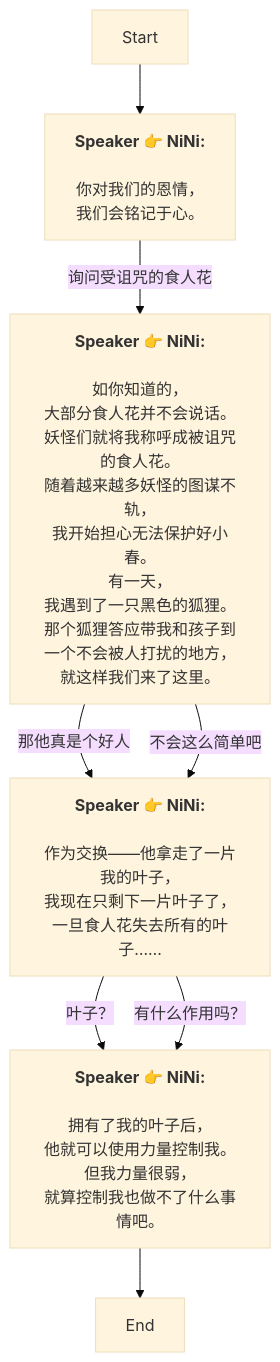
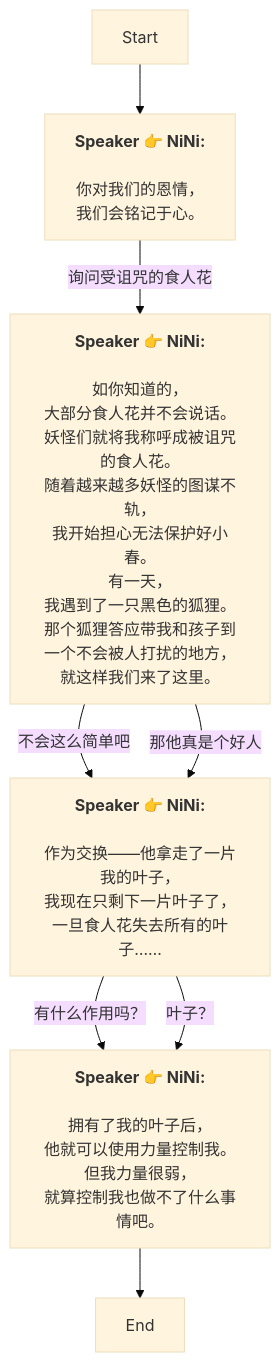
The diagram in Zh/QuestTalkObjectiveNode_1766066826063619.md (SoftHu/tos_avg), drawn with Mermaid (base theme) before and after one commit. The commit also changed other lines of this file and 780 other files, not shown here.

````diff
--- a/Zh/QuestTalkObjectiveNode_1766066826063619.md
+++ b/Zh/QuestTalkObjectiveNode_1766066826063619.md
@@ -1,30 +1,30 @@
 ```mermaid
 graph
 Start -->1766067178303239[<b>Speaker 👉 NiNi:</b>
 \n你对我们的恩情，
 我们会铭记于心。]
 1766067178303239 -->|询问受诅咒的食人花|1766067230958349[<b>Speaker 👉 NiNi:</b>
 \n如你知道的，
 大部分食人花并不会说话。\n妖怪们就将我称呼成被诅咒的食人花。\n随着越来越多妖怪的图谋不轨，
 我开始担心无法保护好小春。\n有一天，
 我遇到了一只黑色的狐狸。\n那个狐狸答应带我和孩子到一个不会被人打扰的地方，
 就这样我们来了这里。]
+1766067230958349 -->|不会这么简单吧|1766067445982995[<b>Speaker 👉 NiNi:</b>
+\n作为交换——他拿走了一片我的叶子，
+我现在只剩下一片叶子了，
+一旦食人花失去所有的叶子……]
 1766067230958349 -->|那他真是个好人|1766067445982995[<b>Speaker 👉 NiNi:</b>
 \n作为交换——他拿走了一片我的叶子，
 我现在只剩下一片叶子了，
 一旦食人花失去所有的叶子……]
-1766067230958349 -->|不会这么简单吧|1766067445982995[<b>Speaker 👉 NiNi:</b>
-\n作为交换——他拿走了一片我的叶子，
-我现在只剩下一片叶子了，
-一旦食人花失去所有的叶子……]
-1766067445982995 -->|叶子？|1766067522114329[<b>Speaker 👉 NiNi:</b>
+1766067445982995 -->|有什么作用吗？|1766067522114329[<b>Speaker 👉 NiNi:</b>
 \n拥有了我的叶子后，
 他就可以使用力量控制我。\n但我力量很弱，
 就算控制我也做不了什么事情吧。]
-1766067445982995 -->|有什么作用吗？|1766067522114329[<b>Speaker 👉 NiNi:</b>
+1766067445982995 -->|叶子？|1766067522114329[<b>Speaker 👉 NiNi:</b>
 \n拥有了我的叶子后，
 他就可以使用力量控制我。\n但我力量很弱，
 就算控制我也做不了什么事情吧。]
 1766067522114329 -->1766067559968538[End]
 
 ```
````
